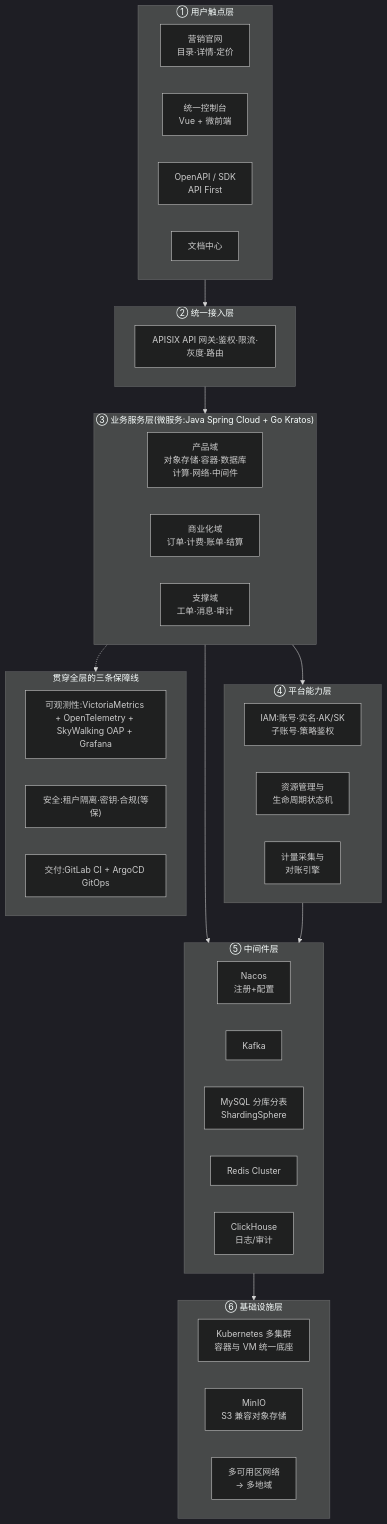
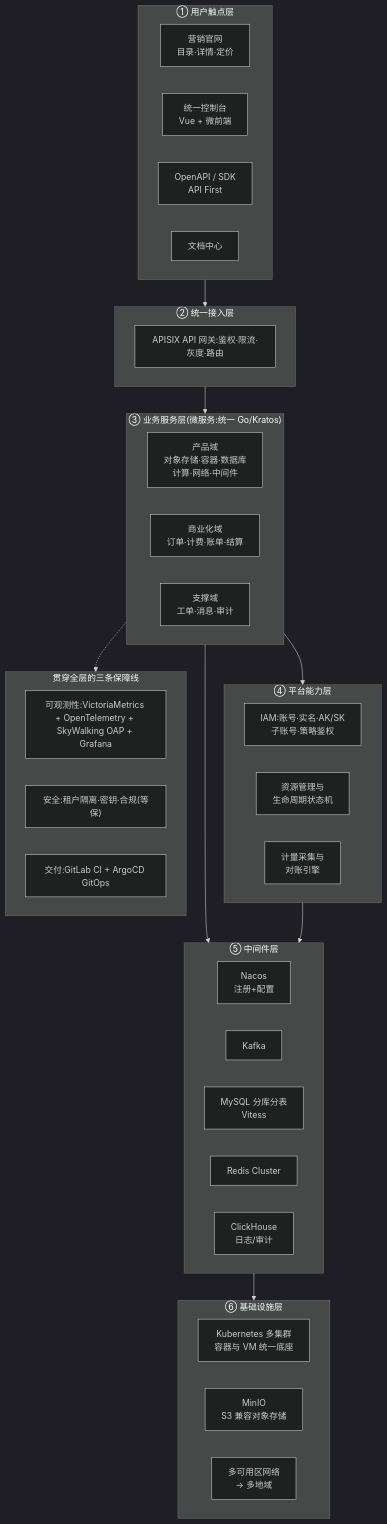
Before and after one commit to qifalab/euler-platform: the seventh of 7 diagrams in docs/architecture/09-roadmap.md, drawn with Mermaid (dark theme). The commit also changed other lines of this file and 318 other files, not shown here.

````diff
--- a/docs/architecture/09-roadmap.md
+++ b/docs/architecture/09-roadmap.md
@@ -692,57 +692,57 @@
 ```mermaid
 flowchart TB
     subgraph L1["① 用户触点层"]
         direction LR
         S1["营销官网<br/>目录·详情·定价"]
         S2["统一控制台<br/>Vue + 微前端"]
         S3["OpenAPI / SDK<br/>API First"]
         S4["文档中心"]
     end
 
     subgraph L2["② 统一接入层"]
         G1["APISIX API 网关:鉴权·限流·灰度·路由"]
     end
 
-    subgraph L3["③ 业务服务层(微服务:Java Spring Cloud + Go Kratos)"]
+    subgraph L3["③ 业务服务层(微服务:统一 Go/Kratos)"]
         direction LR
         P1["产品域<br/>对象存储·容器·数据库<br/>计算·网络·中间件"]
         P2["商业化域<br/>订单·计费·账单·结算"]
         P3["支撑域<br/>工单·消息·审计"]
     end
 
     subgraph L4["④ 平台能力层"]
         direction LR
         C1["IAM:账号·实名·AK/SK<br/>子账号·策略鉴权"]
         C2["资源管理与<br/>生命周期状态机"]
         C3["计量采集与<br/>对账引擎"]
     end
 
     subgraph L5["⑤ 中间件层"]
         direction LR
         M1["Nacos<br/>注册+配置"]
         M2["Kafka"]
-        M3["MySQL 分库分表<br/>ShardingSphere"]
+        M3["MySQL 分库分表<br/>Vitess"]
         M4["Redis Cluster"]
         M5["ClickHouse<br/>日志/审计"]
     end
 
     subgraph L6["⑥ 基础设施层"]
         direction LR
         I1["Kubernetes 多集群<br/>容器与 VM 统一底座"]
         I2["MinIO<br/>S3 兼容对象存储"]
         I3["多可用区网络<br/>→ 多地域"]
     end
 
     subgraph X["贯穿全层的三条保障线"]
         direction LR
         XX1["可观测性:VictoriaMetrics + OpenTelemetry + SkyWalking OAP + Grafana"]
         XX2["安全:租户隔离·密钥·合规(等保)"]
         XX3["交付:GitLab CI + ArgoCD GitOps"]
     end
 
     L1 --> L2 --> L3 --> L4
     L3 --> L5
     L4 --> L5
     L5 --> L6
     L3 -.-> X
 ```
````
